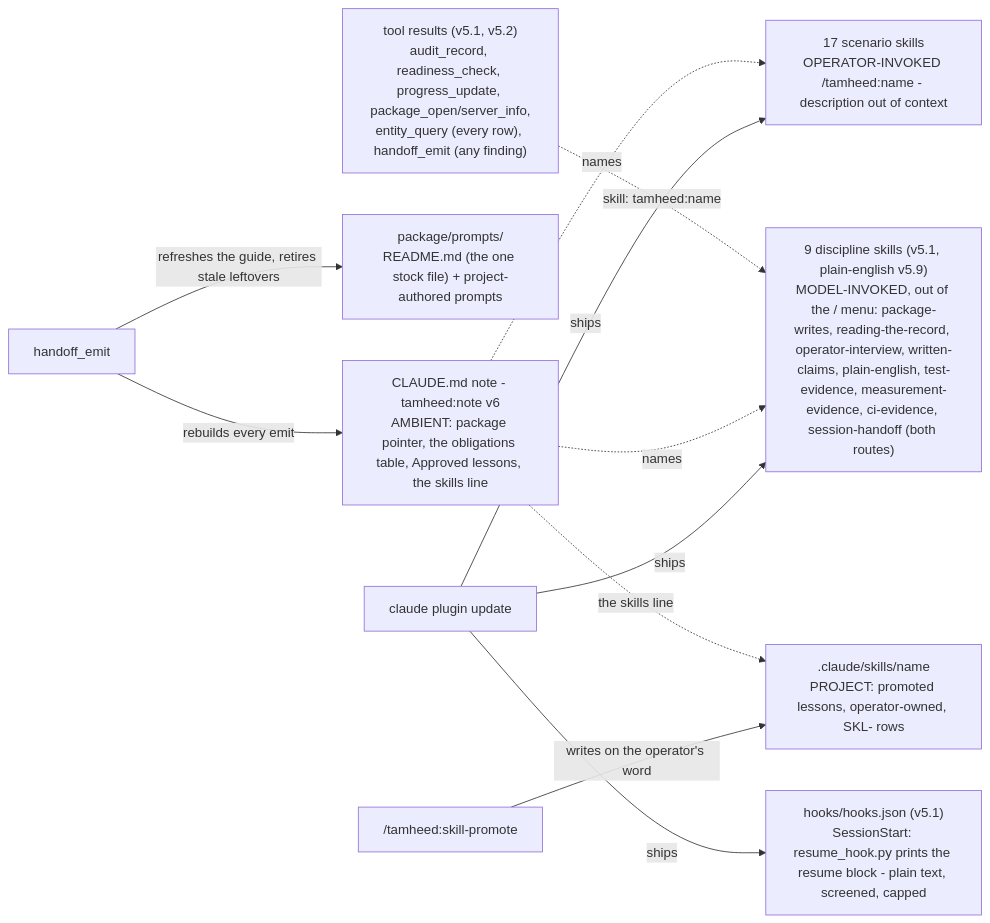
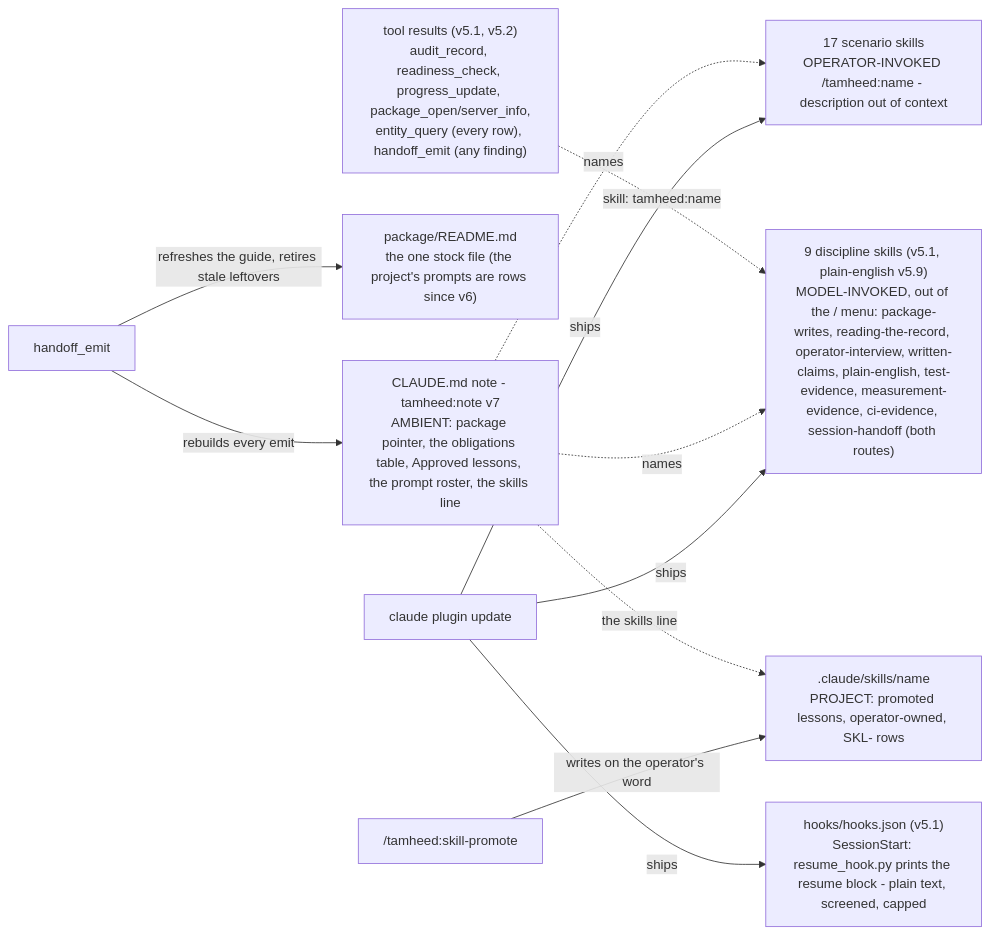
The third of 5 diagrams in docs/architecture.md (A-H-911/tamheed), drawn with Mermaid before and after one commit. The commit also changed other lines of this file and 25 other files, not shown here.

````diff
--- a/docs/architecture.md
+++ b/docs/architecture.md
@@ -202,13 +204,13 @@
 ```mermaid
 flowchart LR
-    EMIT[handoff_emit] -->|rebuilds every emit| NOTE["CLAUDE.md note - tamheed:note v6<br/>AMBIENT: package pointer, the obligations table, Approved lessons, the skills line"]
-    EMIT -->|refreshes the guide, retires stale leftovers| GUIDE["package/prompts/<br/>README.md (the one stock file) + project-authored prompts"]
+    EMIT[handoff_emit] -->|rebuilds every emit| NOTE["CLAUDE.md note - tamheed:note v7<br/>AMBIENT: package pointer, the obligations table, Approved lessons, the prompt roster, the skills line"]
+    EMIT -->|refreshes the guide, retires stale leftovers| GUIDE["package/README.md<br/>the one stock file (the project's prompts are rows since v6)"]
     UPD[claude plugin update] -->|ships| DISC["9 discipline skills (v5.1, plain-english v5.9)<br/>MODEL-INVOKED, out of the / menu: package-writes, reading-the-record, operator-interview, written-claims, plain-english, test-evidence, measurement-evidence, ci-evidence, session-handoff (both routes)"]
     UPD -->|ships| SCEN["17 scenario skills<br/>OPERATOR-INVOKED /tamheed:name - description out of context"]
     UPD -->|ships| HOOK["hooks/hooks.json (v5.1)<br/>SessionStart: resume_hook.py prints the resume block - plain text, screened, capped"]
     PROMO["/tamheed:skill-promote"] -->|writes on the operator's word| PROJ[".claude/skills/name<br/>PROJECT: promoted lessons, operator-owned, SKL- rows"]
     NOTE -.->|names| DISC
     NOTE -.->|names| SCEN
     NOTE -.->|the skills line| PROJ
     RES["tool results (v5.1, v5.2)<br/>audit_record, readiness_check, progress_update, package_open/server_info,<br/>entity_query (every row), handoff_emit (any finding)"] -.->|"skill: tamheed:name"| DISC
 ```
````
